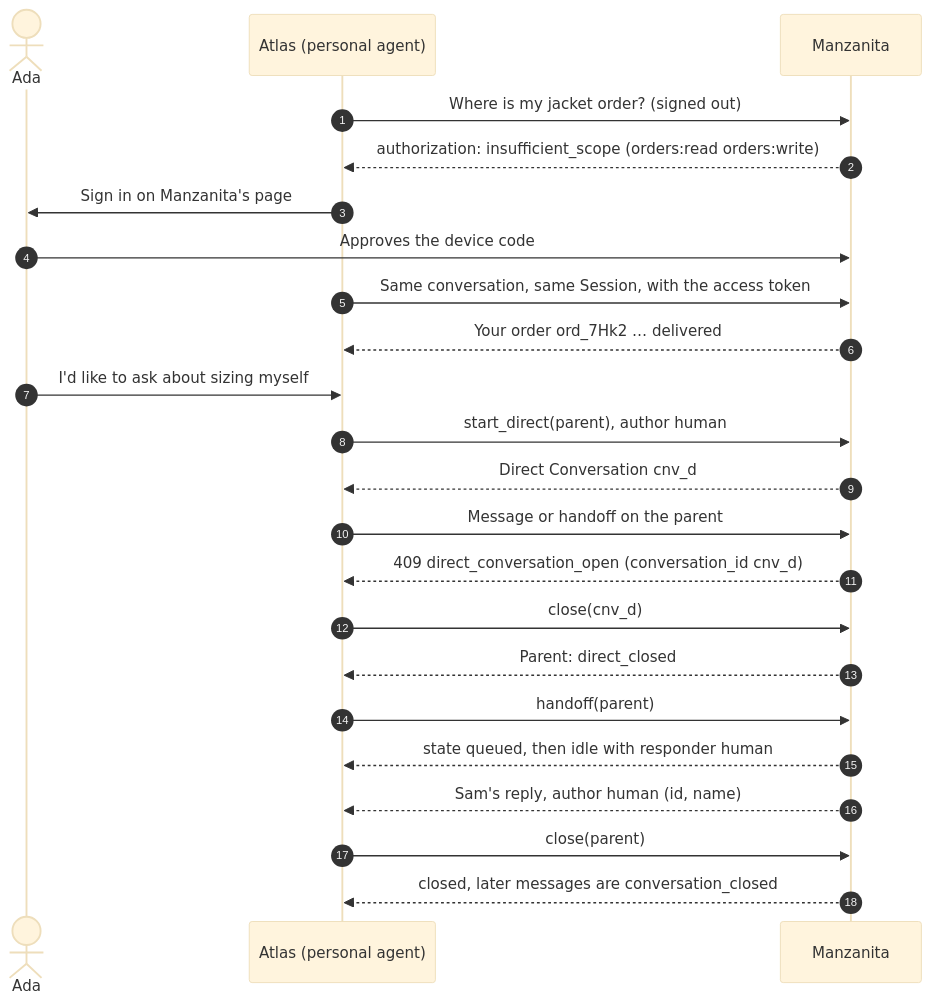
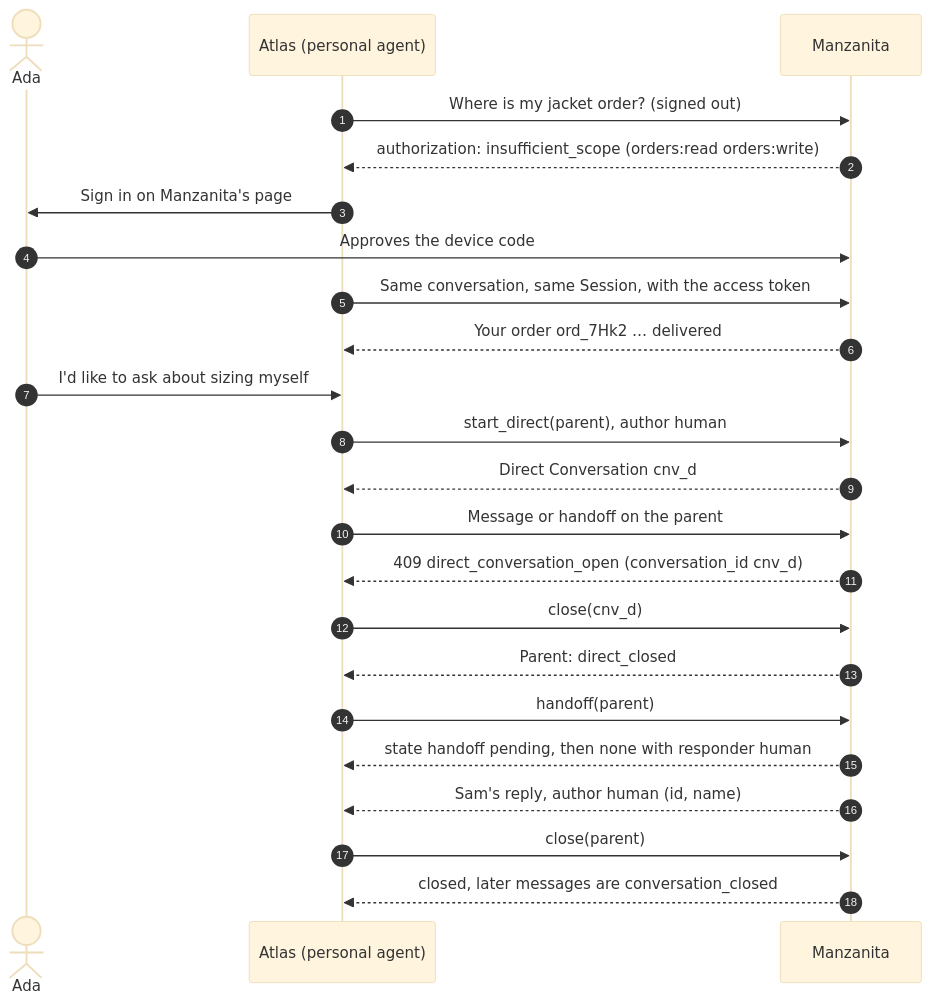
Before and after one commit to datalayer/personal-agent-protocol: the diagram in docs/docs/examples/conversation-control.mdx, drawn with Mermaid (base theme). The commit also changed other lines of this file and 57 other files, not shown here.

````diff
--- a/docs/docs/examples/conversation-control.mdx
+++ b/docs/docs/examples/conversation-control.mdx
@@ -19,25 +19,25 @@
 ```mermaid
 sequenceDiagram
   autonumber
   actor Ada
   participant Atlas as Atlas (personal agent)
   participant Company as Manzanita
   Atlas->>Company: Where is my jacket order? (signed out)
   Company-->>Atlas: authorization: insufficient_scope (orders:read orders:write)
   Atlas->>Ada: Sign in on Manzanita's page
   Ada->>Company: Approves the device code
   Atlas->>Company: Same conversation, same Session, with the access token
   Company-->>Atlas: Your order ord_7Hk2 … delivered
   Ada->>Atlas: I'd like to ask about sizing myself
   Atlas->>Company: start_direct(parent), author human
   Company-->>Atlas: Direct Conversation cnv_d
   Atlas->>Company: Message or handoff on the parent
   Company-->>Atlas: 409 direct_conversation_open (conversation_id cnv_d)
   Atlas->>Company: close(cnv_d)
   Company-->>Atlas: Parent: direct_closed
   Atlas->>Company: handoff(parent)
-  Company-->>Atlas: state queued, then idle with responder human
+  Company-->>Atlas: state handoff pending, then none with responder human
   Company-->>Atlas: Sam's reply, author human (id, name)
   Atlas->>Company: close(parent)
   Company-->>Atlas: closed, later messages are conversation_closed
 ```
````
